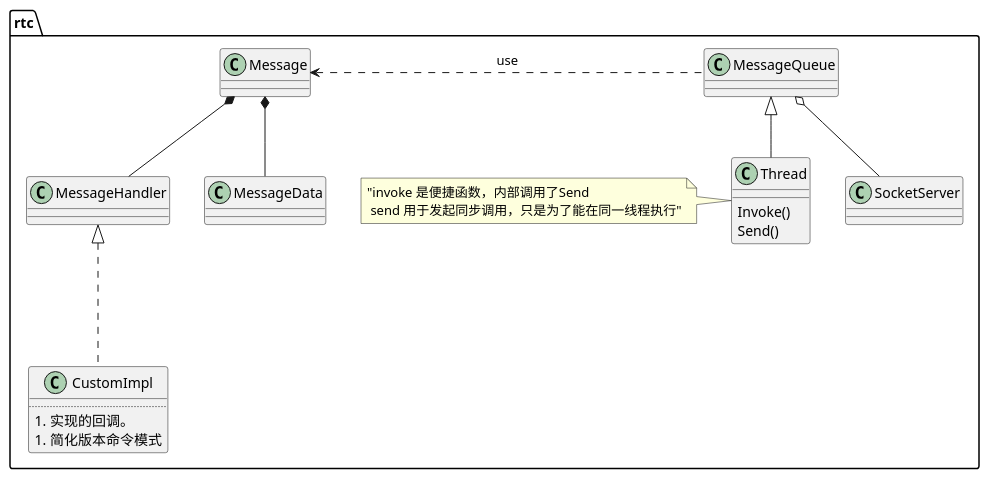
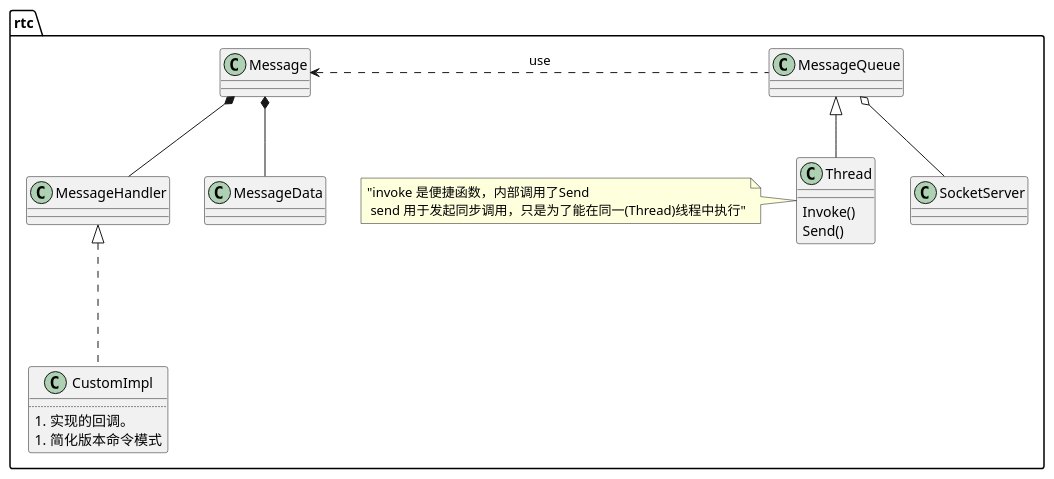
The first of 5 diagrams in webrtc_chrome/Thread.md (mingxin505/webrtcNote), drawn with PlantUML before and after one commit.

````diff
--- a/webrtc_chrome/Thread.md
+++ b/webrtc_chrome/Thread.md
@@ -4,23 +4,23 @@
 ```plantuml
 @startuml
 package rtc { 
     class Thread {
         Invoke() 
         Send() 
     }
-    note left: "invoke 是便捷函数，内部调用了Send \n send 用于发起同步调用，只是为了能在同一线程执行"
+    note left: "invoke 是便捷函数，内部调用了Send \n send 用于发起同步调用，只是为了能在同一(Thread)线程中执行"
     Thread -up-|> MessageQueue
     MessageQueue ..left.> Message : use
     MessageQueue o-- SocketServer
     Message *-- MessageHandler
     Message *-- MessageData
 
     MessageHandler <|... CustomImpl
     class CustomImpl {
         ....
         1. 实现的回调。
         1. 简化版本命令模式
     }
 }
 @enduml
 ```
````
